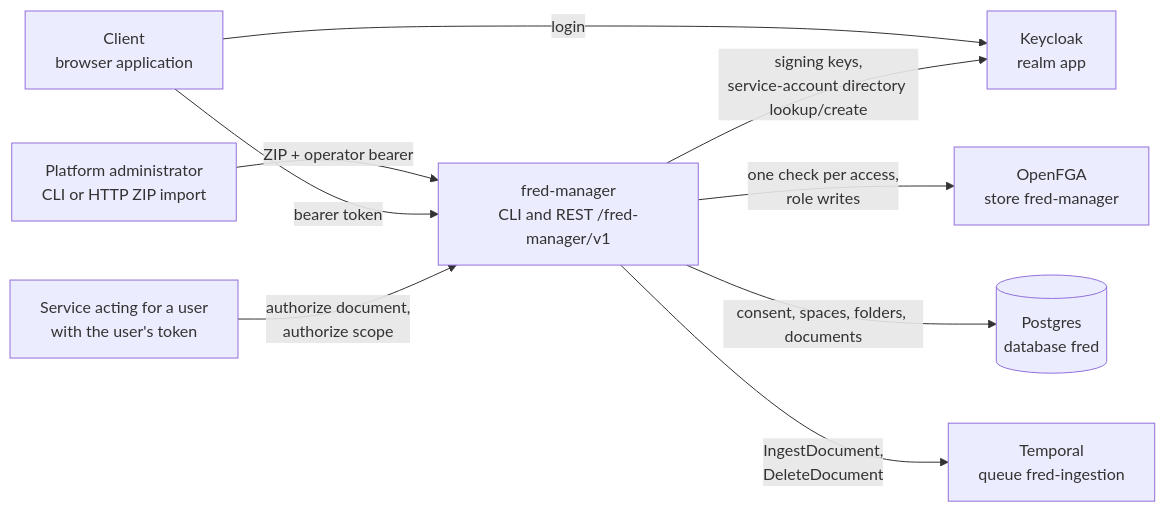
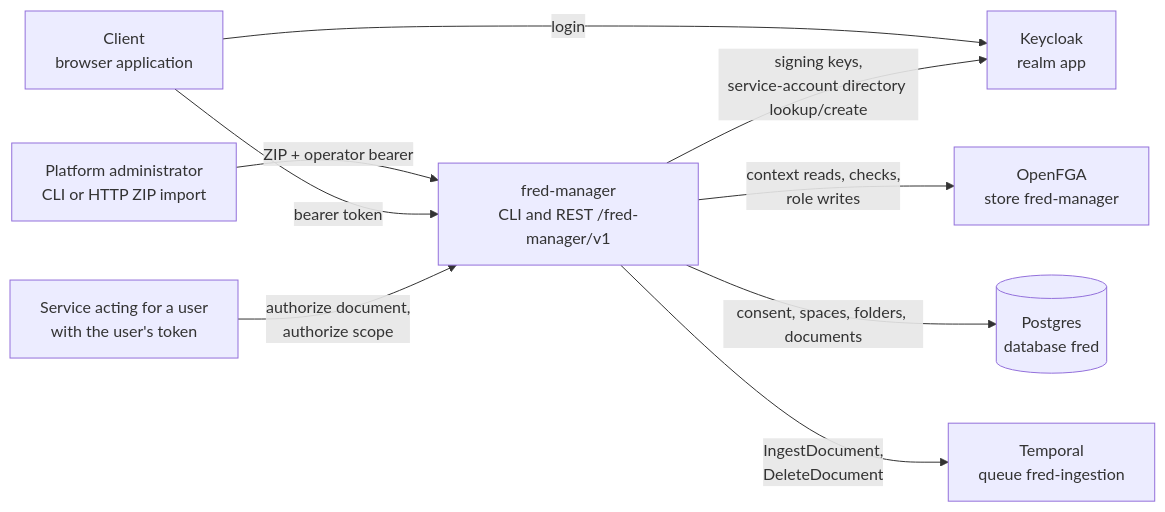
Before and after one commit to ThalesGroup/fred: the first of 9 diagrams in docs/architecture/A1-manager-runtime.md, drawn with Mermaid. The commit also changed other lines of this file and 22 other files, not shown here.

Commit message:
feat(#3092): enforce one organization per person

````diff
--- a/docs/architecture/A1-manager-runtime.md
+++ b/docs/architecture/A1-manager-runtime.md
@@ -10,20 +10,20 @@
 ```mermaid
 flowchart LR
     client["Client<br/>browser application"]
     operator["Platform administrator<br/>CLI or HTTP ZIP import"]
     caller["Service acting for a user<br/>with the user's token"]
     manager["fred-manager<br/>CLI and REST /fred-manager/v1"]
     keycloak["Keycloak<br/>realm app"]
     openfga["OpenFGA<br/>store fred-manager"]
     postgres[("Postgres<br/>database fred")]
     temporal["Temporal<br/>queue fred-ingestion"]
 
     operator -- "ZIP + operator bearer" --> manager
     client -- "bearer token" --> manager
     caller -- "authorize document,<br/>authorize scope" --> manager
     client -- "login" --> keycloak
     manager -- "signing keys,<br/>service-account directory lookup/create" --> keycloak
-    manager -- "one check per access,<br/>role writes" --> openfga
+    manager -- "context reads, checks,<br/>role writes" --> openfga
     manager -- "consent, spaces, folders, documents" --> postgres
     manager -- "IngestDocument,<br/>DeleteDocument" --> temporal
 ```
````
